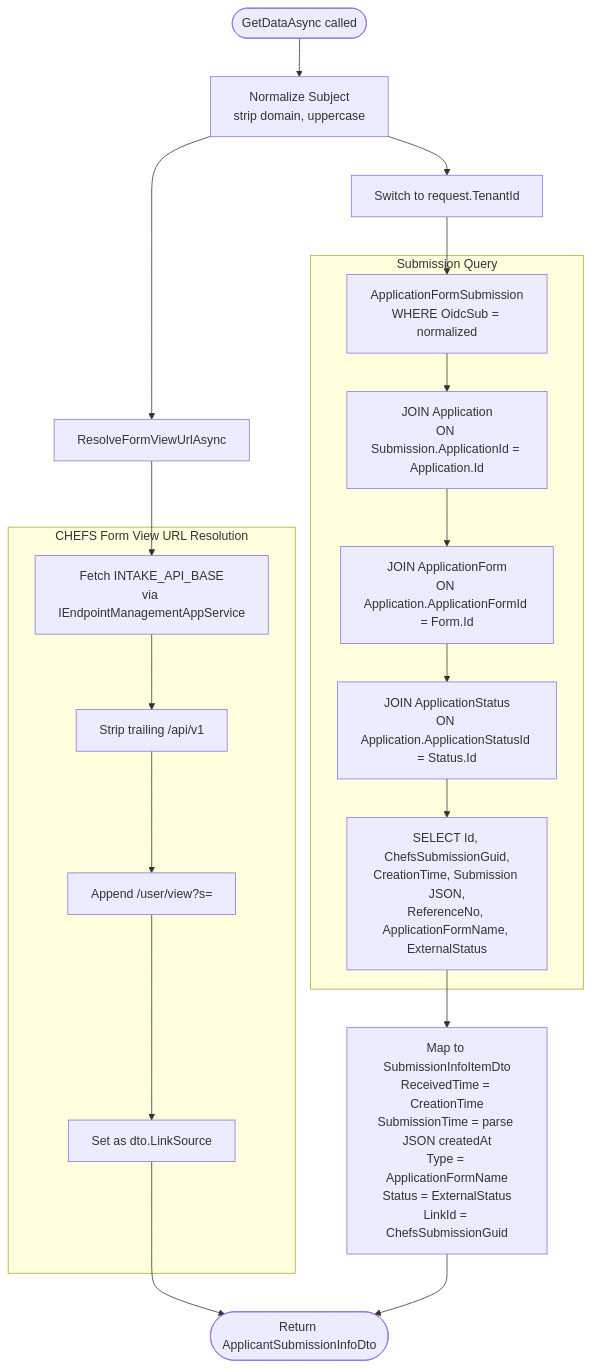
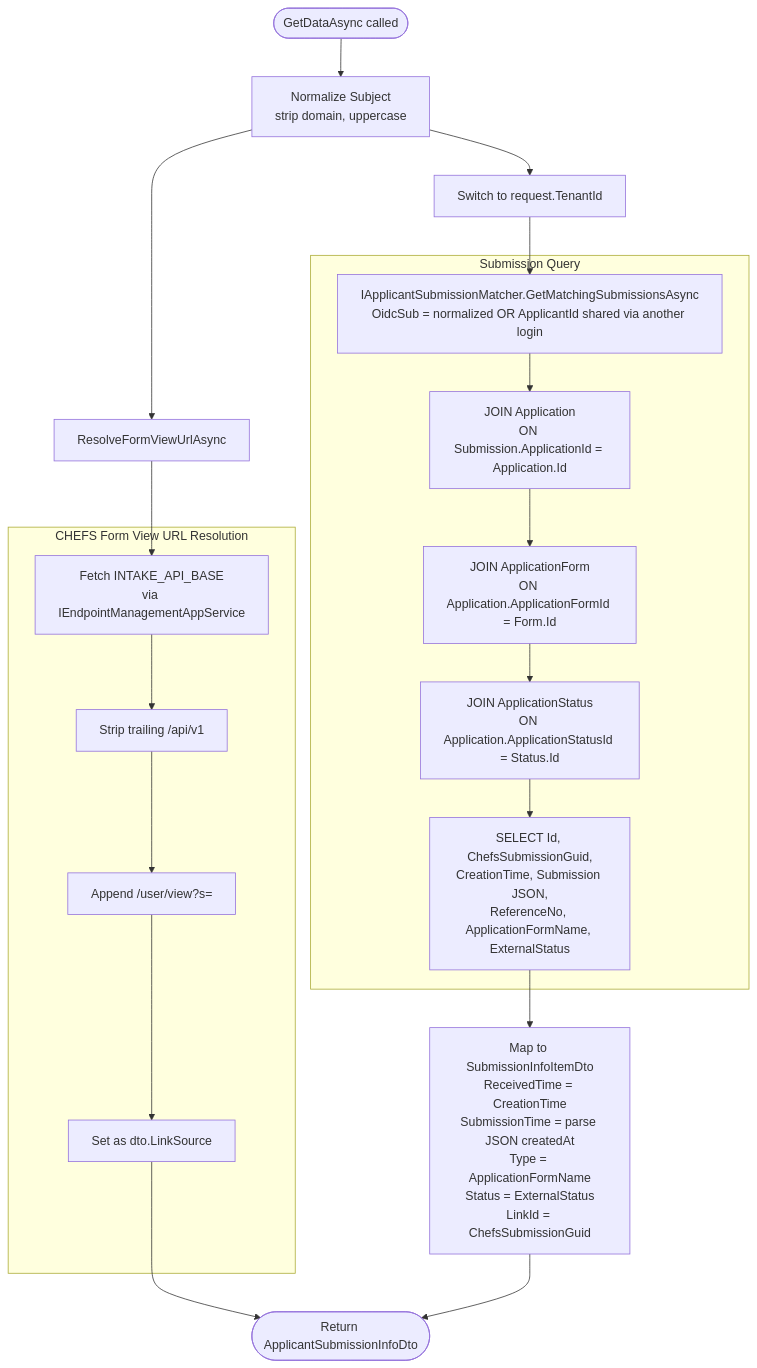
One commit to bcgov/Unity changed the fifth of 9 diagrams in documentation/applicant-portal/applicant-profile-data-providers.md. Above: the diagram before and after it, drawn with Mermaid. The commit also changed other lines of this file and 20 other files, not shown here.

````diff
--- a/documentation/applicant-portal/applicant-profile-data-providers.md
+++ b/documentation/applicant-portal/applicant-profile-data-providers.md
@@ -308,35 +330,35 @@
 ```mermaid
 flowchart TD
     Start([GetDataAsync called])
     Norm["Normalize Subject<br/>strip domain, uppercase"]
 
     Start --> Norm
     Norm --> ResolveUrl["ResolveFormViewUrlAsync"]
     Norm --> Tenant["Switch to request.TenantId"]
 
     subgraph URLResolution["CHEFS Form View URL Resolution"]
         U1["Fetch INTAKE_API_BASE<br/>via IEndpointManagementAppService"]
         U2["Strip trailing /api/v1"]
         U3["Append /user/view?s="]
         U4["Set as dto.LinkSource"]
         U1 --> U2 --> U3 --> U4
     end
 
     ResolveUrl --> U1
 
     subgraph Query["Submission Query"]
-        Q1["ApplicationFormSubmission<br/>WHERE OidcSub = normalized"]
+        Q1["IApplicantSubmissionMatcher.GetMatchingSubmissionsAsync<br/>OidcSub = normalized OR ApplicantId shared via another login"]
         Q2["JOIN Application<br/>ON Submission.ApplicationId = Application.Id"]
         Q2b["JOIN ApplicationForm<br/>ON Application.ApplicationFormId = Form.Id"]
         Q3["JOIN ApplicationStatus<br/>ON Application.ApplicationStatusId = Status.Id"]
         Q4["SELECT Id, ChefsSubmissionGuid,<br/>CreationTime, Submission JSON,<br/>ReferenceNo, ApplicationFormName, ExternalStatus"]
         Q1 --> Q2 --> Q2b --> Q3 --> Q4
     end
 
     Tenant --> Q1
 
     Q4 --> MapItems["Map to SubmissionInfoItemDto<br/>ReceivedTime = CreationTime<br/>SubmissionTime = parse JSON createdAt<br/>Type = ApplicationFormName<br/>Status = ExternalStatus<br/>LinkId = ChefsSubmissionGuid"]
 
     U4 --> Result
     MapItems --> Result([Return ApplicantSubmissionInfoDto])
 ```
````
